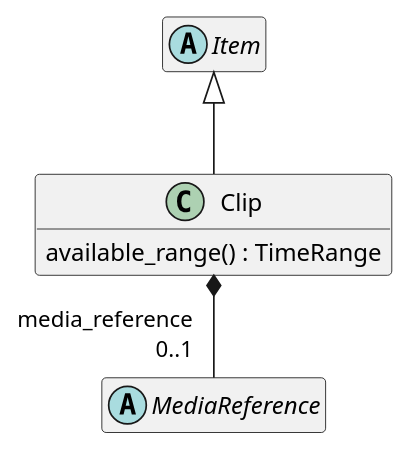
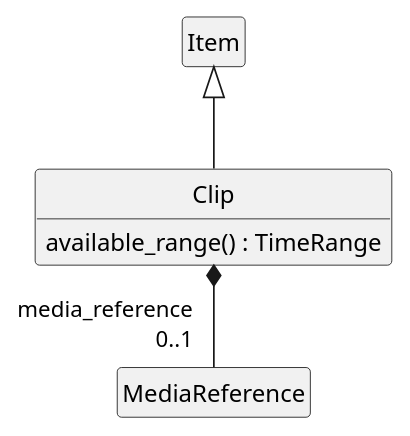
One commit to sandflow/otio-core-specification changed diagram 19 of 34 in src/main/md/otio-core.md. Above: the diagram before and after it, drawn with PlantUML. The commit also changed other lines of this file, not shown here.

Commit message:
Improve class diagrams and document conventions (#13)

````diff
--- a/src/main/md/otio-core.md
+++ b/src/main/md/otio-core.md
@@ -1093,18 +1162,16 @@
 ```puml
 @startuml
 hide empty members
+hide circle
 skinparam classAttributeIconSize 0
-
-abstract Item
-abstract MediaReference
 
 Item <|-- Clip
 
 class Clip {
   available_range() : TimeRange
 }
 
 Clip *-down- "media_reference\r0..1" MediaReference
 
 @enduml
 ```
````
